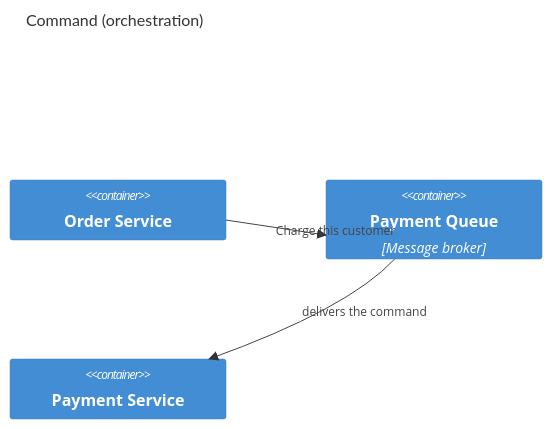
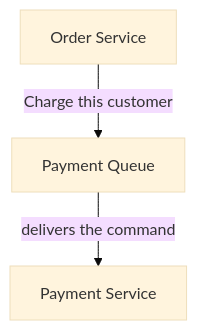
One commit to berTrindade/commands-vs-events changed the first of 3 diagrams in README.md. Above: the diagram before and after it, drawn with Mermaid (base theme). The commit also changed other lines of this file, not shown here.

Commit message:
docs: switch diagrams to plain Mermaid flowcharts

````diff
--- a/README.md
+++ b/README.md
@@ -9,9 +9,5 @@
 ```mermaid
-C4Container
-    title Command (orchestration)
-    Container(order, "Order Service")
-    Container(queue, "Payment Queue", "Message broker")
-    Container(payment, "Payment Service")
-    Rel(order, queue, "Charge this customer")
-    Rel(queue, payment, "delivers the command")
+flowchart TD
+    order["Order Service"] -->|"Charge this customer"| queue["Payment Queue"]
+    queue -->|delivers the command| payment["Payment Service"]
 ```
````
